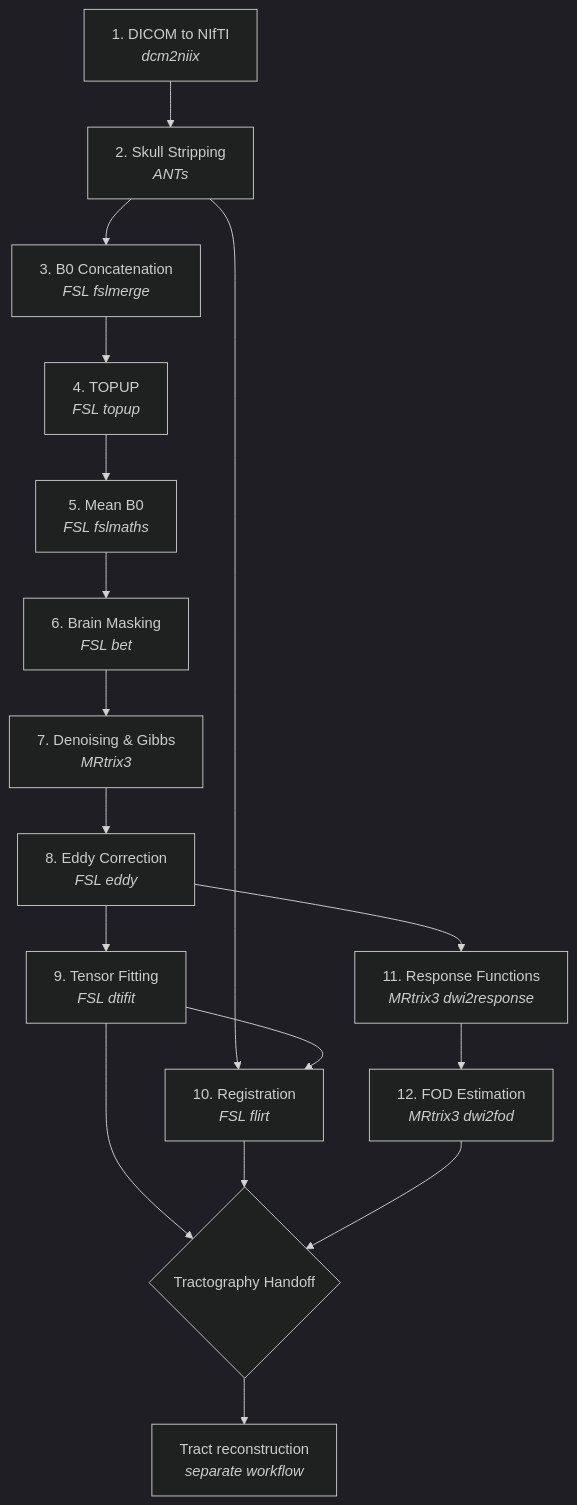
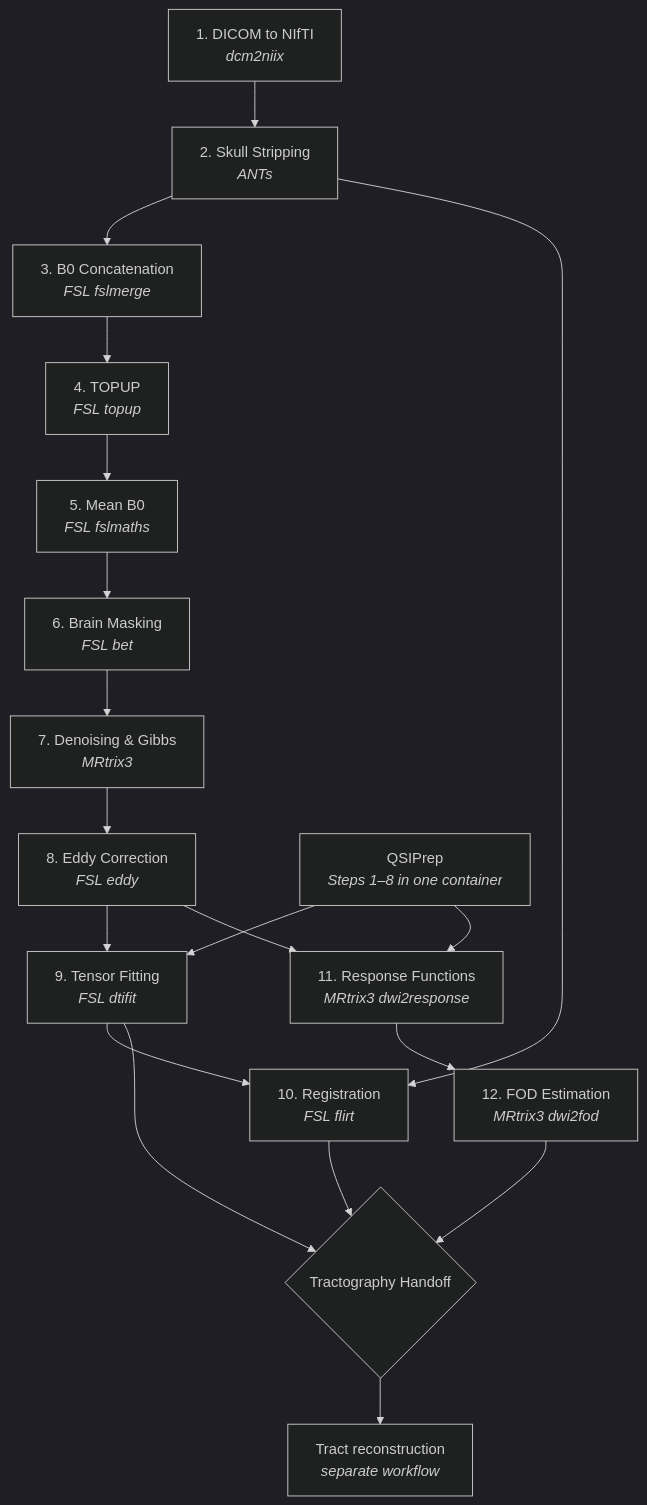
One commit to DiffusionTensorImaging-Repos/Diffusion-MRI-Preprocessing changed the diagram in docs/pipeline/overview.md. Above: the diagram before and after it, drawn with Mermaid (dark theme). The commit also changed other lines of this file and 8 other files, not shown here.

````diff
--- a/docs/pipeline/overview.md
+++ b/docs/pipeline/overview.md
@@ -60,19 +62,22 @@
 ```mermaid
 graph TD
     A["1. DICOM to NIfTI<br/><i>dcm2niix</i>"] --> B["2. Skull Stripping<br/><i>ANTs</i>"]
     B --> C["3. B0 Concatenation<br/><i>FSL fslmerge</i>"]
     C --> D["4. TOPUP<br/><i>FSL topup</i>"]
     D --> E["5. Mean B0<br/><i>FSL fslmaths</i>"]
     E --> F["6. Brain Masking<br/><i>FSL bet</i>"]
     F --> G["7. Denoising & Gibbs<br/><i>MRtrix3</i>"]
     G --> H["8. Eddy Correction<br/><i>FSL eddy</i>"]
+    Q["QSIPrep<br/><i>Steps 1–8 in one container</i>"]
+    Q --> I
+    Q --> K
     H --> I["9. Tensor Fitting<br/><i>FSL dtifit</i>"]
     H --> K["11. Response Functions<br/><i>MRtrix3 dwi2response</i>"]
     B --> J["10. Registration<br/><i>FSL flirt</i>"]
     I --> J
     K --> L["12. FOD Estimation<br/><i>MRtrix3 dwi2fod</i>"]
     I --> M
     J --> M{"Tractography Handoff"}
     L --> M
     M --> N["Tract reconstruction<br/><i>separate workflow</i>"]
 ```
````
